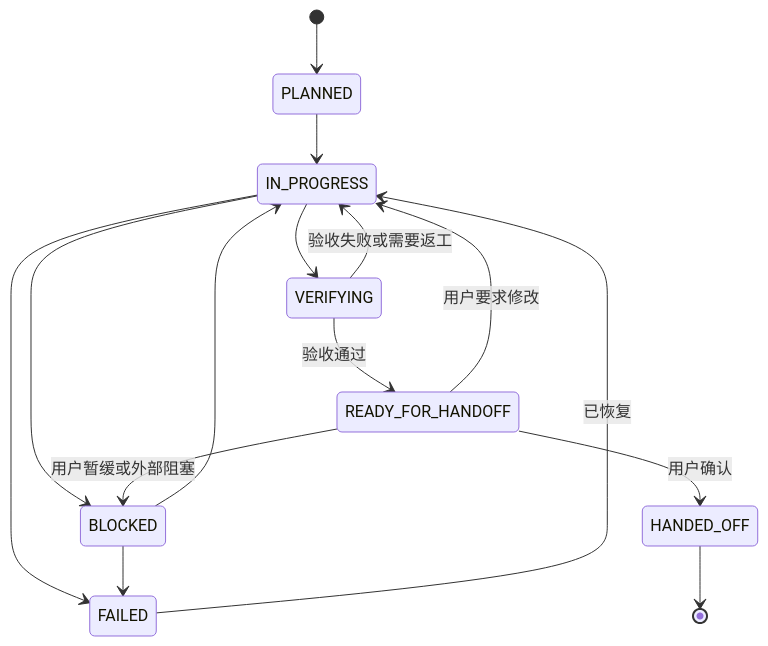
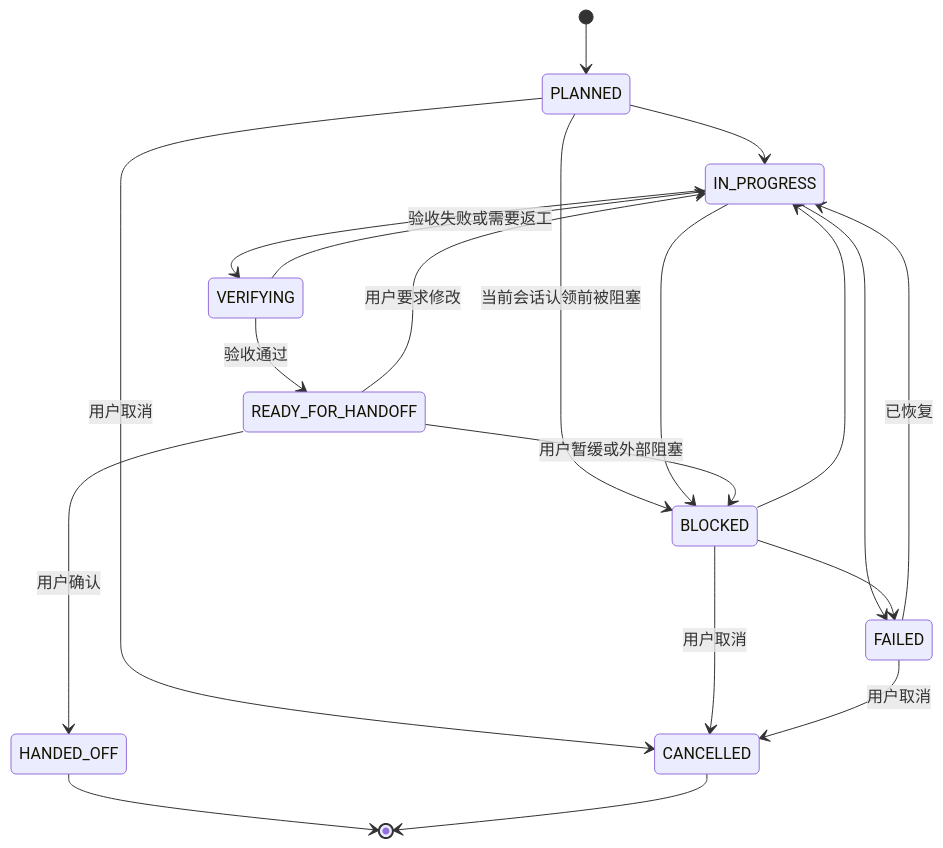
Before and after one commit to Viver12138/longtask_skill: the diagram in docs/longtask-design.md, drawn with Mermaid. The commit also changed other lines of this file and 9 other files, not shown here.

````diff
--- a/docs/longtask-design.md
+++ b/docs/longtask-design.md
@@ -295,17 +305,22 @@
 ```mermaid
 stateDiagram-v2
     [*] --> PLANNED
     PLANNED --> IN_PROGRESS
+    PLANNED --> BLOCKED: 当前会话认领前被阻塞
+    PLANNED --> CANCELLED: 用户取消
     IN_PROGRESS --> BLOCKED
     BLOCKED --> IN_PROGRESS
+    BLOCKED --> CANCELLED: 用户取消
     IN_PROGRESS --> VERIFYING
     VERIFYING --> IN_PROGRESS: 验收失败或需要返工
     VERIFYING --> READY_FOR_HANDOFF: 验收通过
     READY_FOR_HANDOFF --> HANDED_OFF: 用户确认
     READY_FOR_HANDOFF --> IN_PROGRESS: 用户要求修改
     READY_FOR_HANDOFF --> BLOCKED: 用户暂缓或外部阻塞
     IN_PROGRESS --> FAILED
     BLOCKED --> FAILED
     FAILED --> IN_PROGRESS: 已恢复
+    FAILED --> CANCELLED: 用户取消
     HANDED_OFF --> [*]
+    CANCELLED --> [*]
 ```
````
